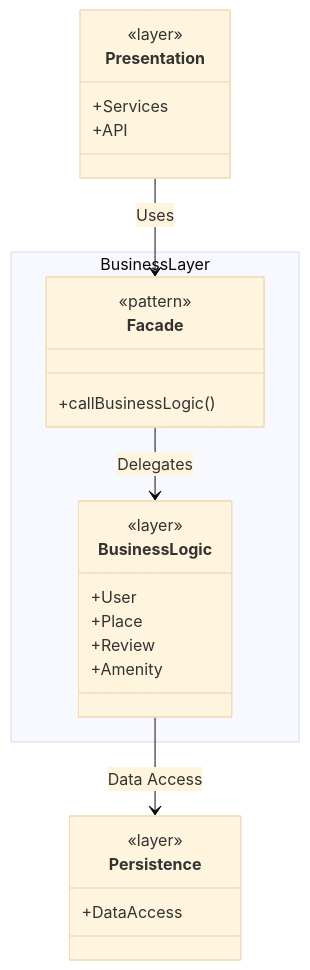
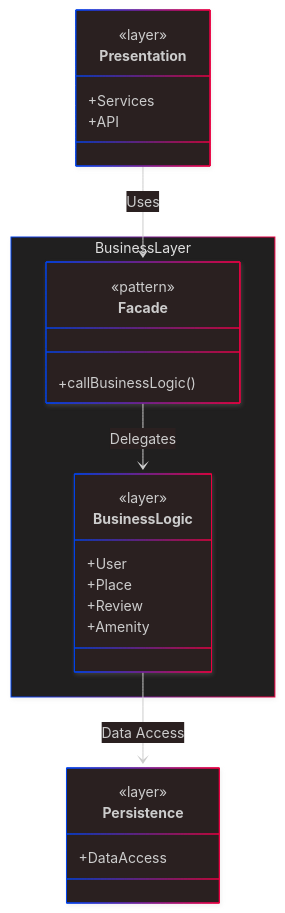
Before and after one commit to feratholberton/holbertonschool-hbnb: the diagram in README.md, drawn with Mermaid.

Commit message:
Readme test update

````diff
--- a/README.md
+++ b/README.md
@@ -5,33 +5,33 @@
 ```mermaid
 ---
 config:
-  theme: base
-  look: classic
+  theme: neo-dark
+  look: neo
 ---
 classDiagram
 class Presentation {
   <<layer>>
   +Services
   +API
 }
 namespace BusinessLayer {
   class Facade {
     <<pattern>>
     +callBusinessLogic()
   }
   class BusinessLogic {
     <<layer>>
     +User
     +Place
     +Review
     +Amenity
   }
 }
 class Persistence {
   <<layer>>
   +DataAccess
 }
 Presentation --> Facade : Uses
 Facade --> BusinessLogic : Delegates
 BusinessLogic --> Persistence : Data Access
 ```
````
